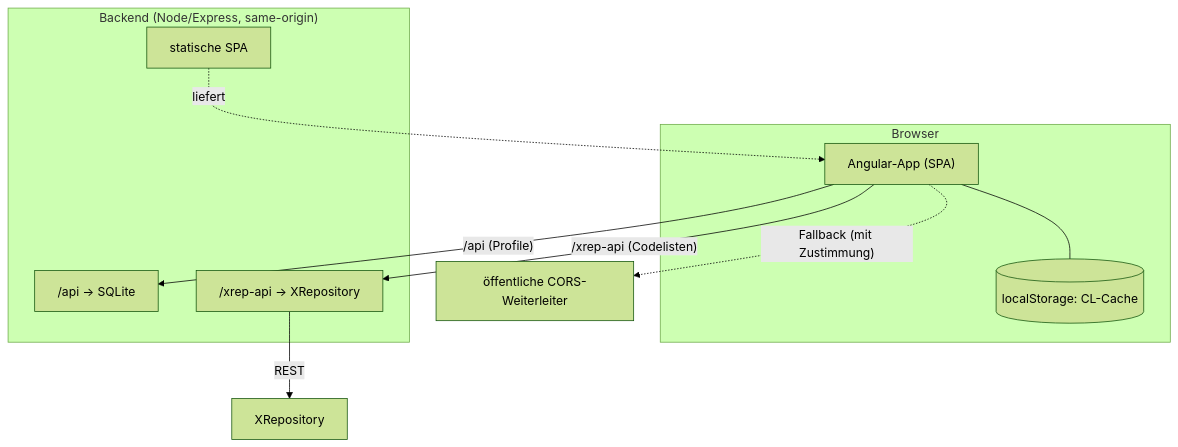
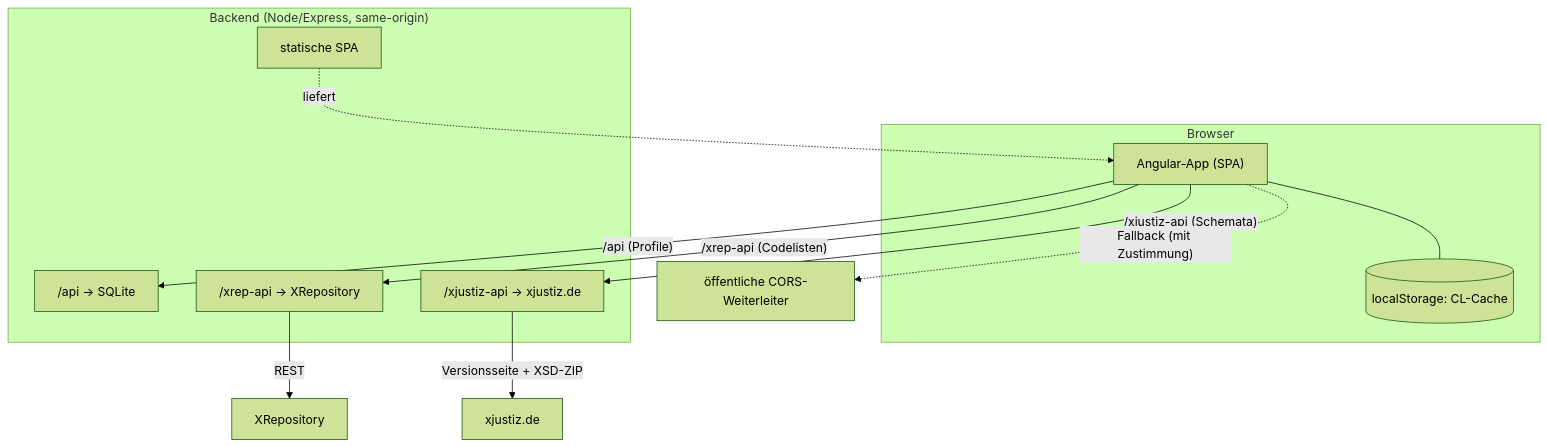
The fourth of 4 diagrams in docs/architecture.md (FinnFreiheit/Profilierer), drawn with Mermaid (forest theme) before and after one commit. The commit also changed other lines of this file and 22 other files, not shown here.

First line of the commit message:
Schemata direkt von xjustiz.de laden (inkl. Nachlieferungen) (#21)

````diff
--- a/docs/architecture.md
+++ b/docs/architecture.md
@@ -85,17 +85,20 @@
 ```mermaid
 graph TB
   subgraph Browser
     APP["Angular-App (SPA)"]
     APP --- LS[("localStorage: CL-Cache")]
   end
   subgraph Server["Backend (Node/Express, same-origin)"]
     API["/api → SQLite"]
     STAT["statische SPA"]
     XP["/xrep-api → XRepository"]
+    XJ["/xjustiz-api → xjustiz.de"]
   end
   APP -->|"/api (Profile)"| API
   APP -->|"/xrep-api (Codelisten)"| XP
+  APP -->|"/xjustiz-api (Schemata)"| XJ
   XP -->|REST| XREP["XRepository"]
+  XJ -->|"Versionsseite + XSD-ZIP"| XJD["xjustiz.de"]
   STAT -.->|liefert| APP
   APP -.->|"Fallback (mit Zustimmung)"| CORS["öffentliche CORS-Weiterleiter"]
 ```
````
